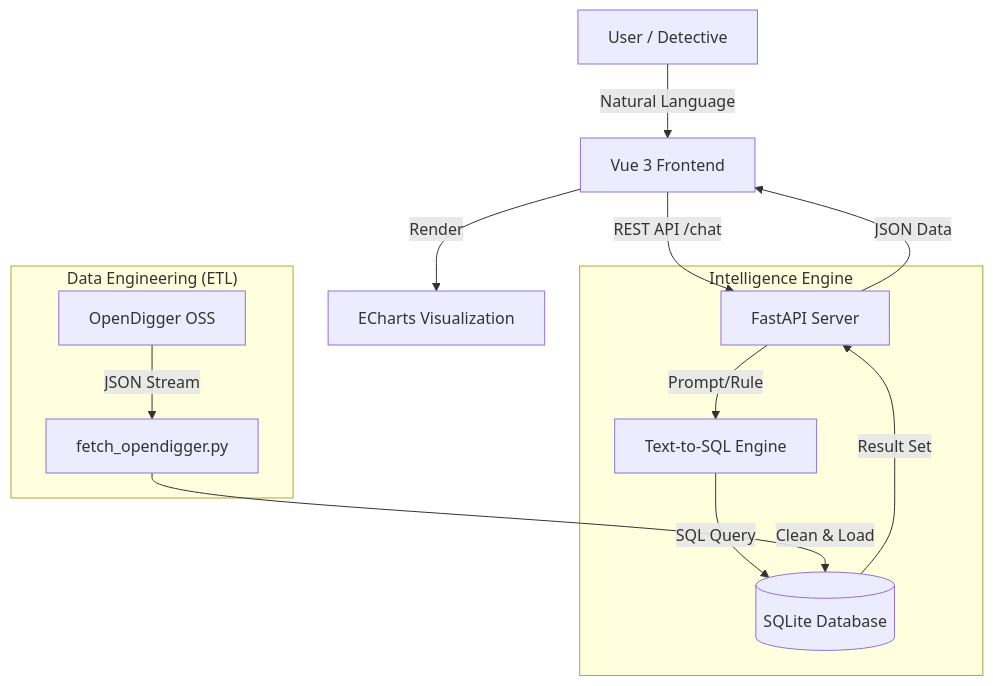
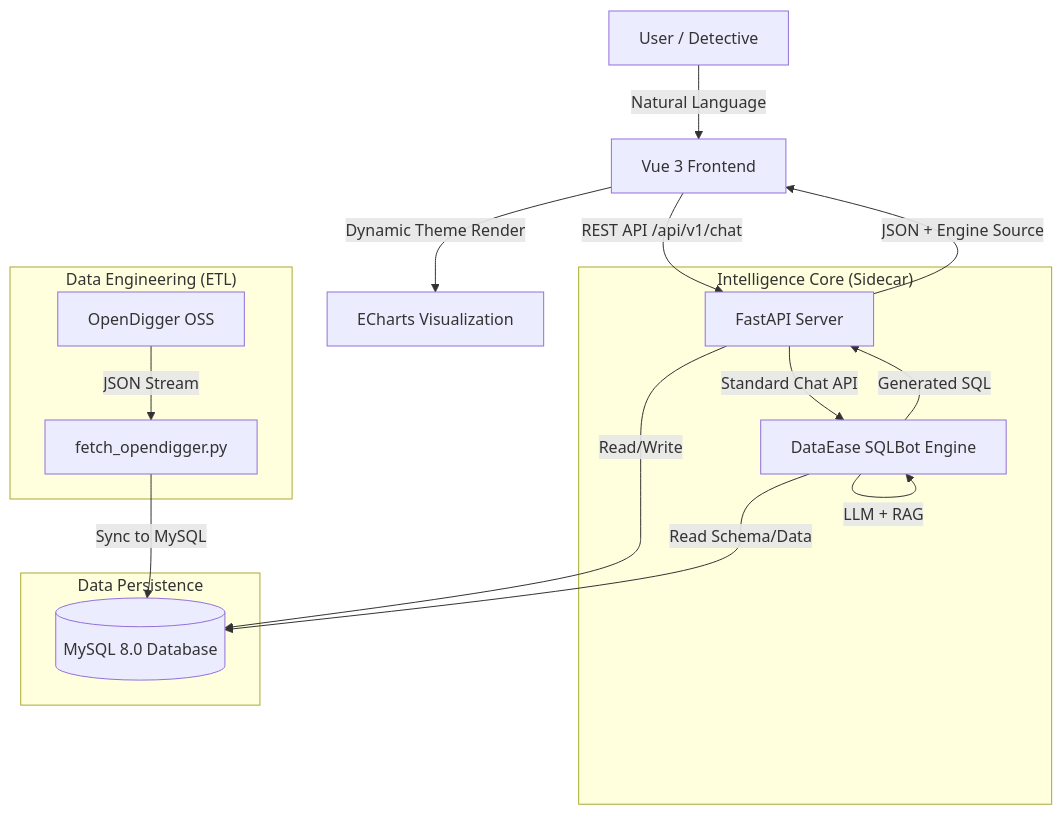
One commit to lyf-g/open-detective changed the diagram in docs/ARCHITECTURE.md. Above: the diagram before and after it, drawn with Mermaid. The commit also changed other lines of this file and 146 other files, not shown here.

Commit message:
doc: comprehensive update reflecting MySQL migration and SQLBot integration

````diff
--- a/docs/ARCHITECTURE.md
+++ b/docs/ARCHITECTURE.md
@@ -12,19 +12,24 @@
 ```mermaid
 graph TD
     User[User / Detective] -->|Natural Language| WebUI[Vue 3 Frontend]
-    WebUI -->|REST API /chat| Backend[FastAPI Server]
+    WebUI -->|REST API /api/v1/chat| Backend[FastAPI Server]
     
-    subgraph "Intelligence Engine"
-        Backend -->|Prompt/Rule| SQLBot[Text-to-SQL Engine]
-        SQLBot -->|SQL Query| DB[(SQLite Database)]
+    subgraph "Intelligence Core (Sidecar)"
+        Backend -->|Standard Chat API| SQLBot[DataEase SQLBot Engine]
+        SQLBot -->|LLM + RAG| SQLBot
+        SQLBot -->|Generated SQL| Backend
+    end
+    
+    subgraph "Data Persistence"
+        Backend -->|Read/Write| DB[(MySQL 8.0 Database)]
+        SQLBot -->|Read Schema/Data| DB
     end
     
     subgraph "Data Engineering (ETL)"
         OD[OpenDigger OSS] -->|JSON Stream| ETL[fetch_opendigger.py]
-        ETL -->|Clean & Load| DB
+        ETL -->|Sync to MySQL| DB
     end
     
-    DB -->|Result Set| Backend
-    Backend -->|JSON Data| WebUI
-    WebUI -->|Render| Charts[ECharts Visualization]
+    Backend -->|JSON + Engine Source| WebUI
+    WebUI -->|Dynamic Theme Render| Charts[ECharts Visualization]
 ```
````
